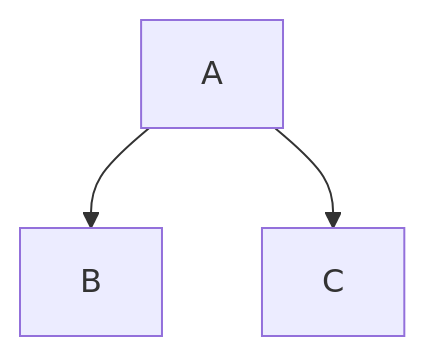
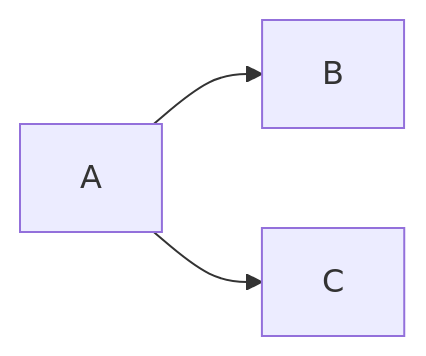
One commit to cshapard26/web_crawler changed the diagram in README.md. Above: the diagram before and after it, drawn with Mermaid.

````diff
--- a/README.md
+++ b/README.md
@@ -3,6 +3,6 @@
 ```mermaid
-flowchart TD;
+flowchart LR;
   A --> B;
   A --> C;
 
 ```
````
